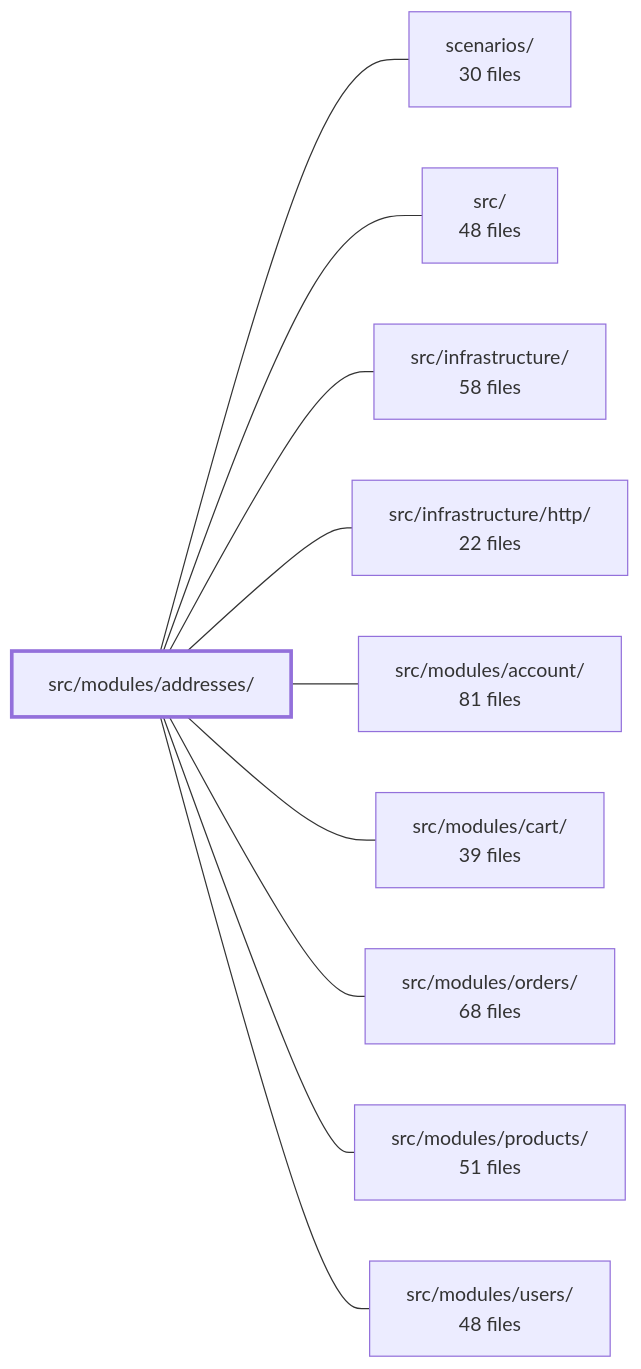
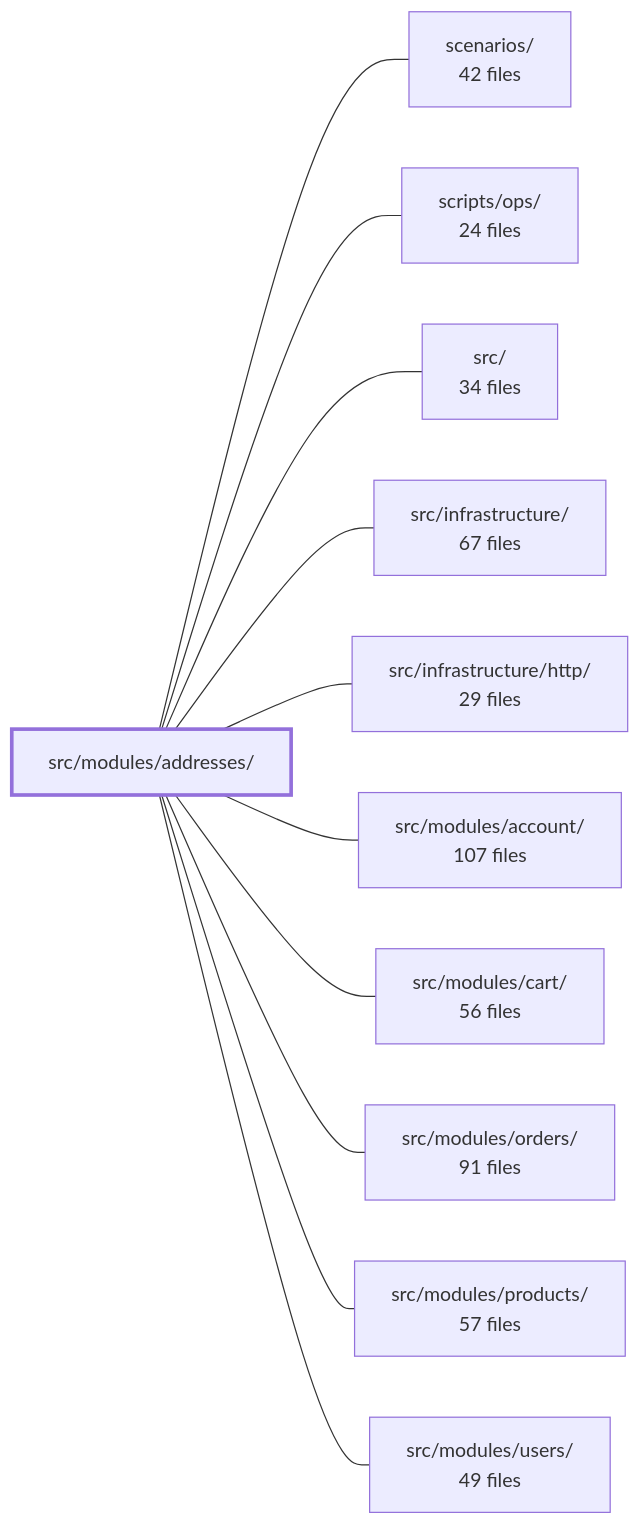
The diagram in .2brain/modules/boilerplate-node-backend_src_modules_addresses.md (Guebbit/boilerplate-node-backend), drawn with Mermaid before and after one commit. The commit also changed other lines of this file and 106 other files, not shown here.

````diff
--- a/.2brain/modules/boilerplate-node-backend_src_modules_addresses.md
+++ b/.2brain/modules/boilerplate-node-backend_src_modules_addresses.md
@@ -40,23 +39,25 @@
 ```mermaid
 flowchart LR
     m_src_modules_addresses["src/modules/addresses/"]
-    m_scenarios["scenarios/<br/>30 files"]
-    m_src["src/<br/>48 files"]
-    m_src_infrastructure["src/infrastructure/<br/>58 files"]
-    m_src_infrastructure_http["src/infrastructure/http/<br/>22 files"]
-    m_src_modules_account["src/modules/account/<br/>81 files"]
-    m_src_modules_cart["src/modules/cart/<br/>39 files"]
-    m_src_modules_orders["src/modules/orders/<br/>68 files"]
-    m_src_modules_products["src/modules/products/<br/>51 files"]
-    m_src_modules_users["src/modules/users/<br/>48 files"]
+    m_scenarios["scenarios/<br/>42 files"]
+    m_scripts_ops["scripts/ops/<br/>24 files"]
+    m_src["src/<br/>34 files"]
+    m_src_infrastructure["src/infrastructure/<br/>67 files"]
+    m_src_infrastructure_http["src/infrastructure/http/<br/>29 files"]
+    m_src_modules_account["src/modules/account/<br/>107 files"]
+    m_src_modules_cart["src/modules/cart/<br/>56 files"]
+    m_src_modules_orders["src/modules/orders/<br/>91 files"]
+    m_src_modules_products["src/modules/products/<br/>57 files"]
+    m_src_modules_users["src/modules/users/<br/>49 files"]
     m_src_modules_addresses --- m_scenarios
+    m_src_modules_addresses --- m_scripts_ops
     m_src_modules_addresses --- m_src
     m_src_modules_addresses --- m_src_infrastructure
     m_src_modules_addresses --- m_src_infrastructure_http
     m_src_modules_addresses --- m_src_modules_account
     m_src_modules_addresses --- m_src_modules_cart
     m_src_modules_addresses --- m_src_modules_orders
     m_src_modules_addresses --- m_src_modules_products
     m_src_modules_addresses --- m_src_modules_users
     style m_src_modules_addresses stroke-width:3px
 ```
````
